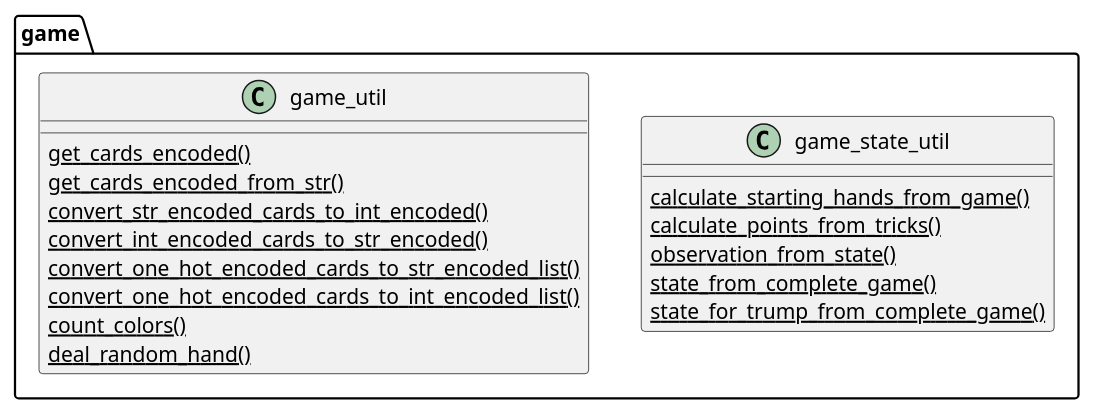
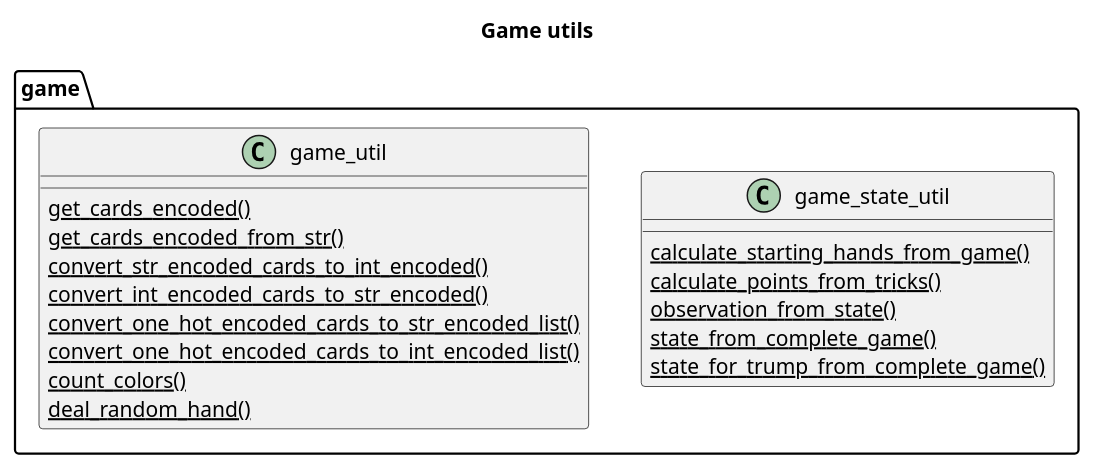
One commit to thomas-koller/jass-kit-py changed the diagram in game_util.puml. Above: the diagram before and after it, drawn with PlantUML. The commit also changed 2 other files, not shown here.

Commit message:
Added uml diagrams. Replaced some previous wrong replacement for match to game.

```diff
--- a/game_util.puml
+++ b/game_util.puml
@@ -1,20 +1,21 @@
 @startuml
+title Game utils
 class game.game_state_util {
 {static} calculate_starting_hands_from_game()
 {static} calculate_points_from_tricks()
 {static} observation_from_state()
 {static} state_from_complete_game()
 {static} state_for_trump_from_complete_game()
 }
 
 class game.game_util {
 {static} get_cards_encoded()
 {static} get_cards_encoded_from_str()
 {static} convert_str_encoded_cards_to_int_encoded()
 {static} convert_int_encoded_cards_to_str_encoded()
 {static} convert_one_hot_encoded_cards_to_str_encoded_list()
 {static} convert_one_hot_encoded_cards_to_int_encoded_list()
 {static} count_colors()
 {static} deal_random_hand()
 }
 @enduml
```
